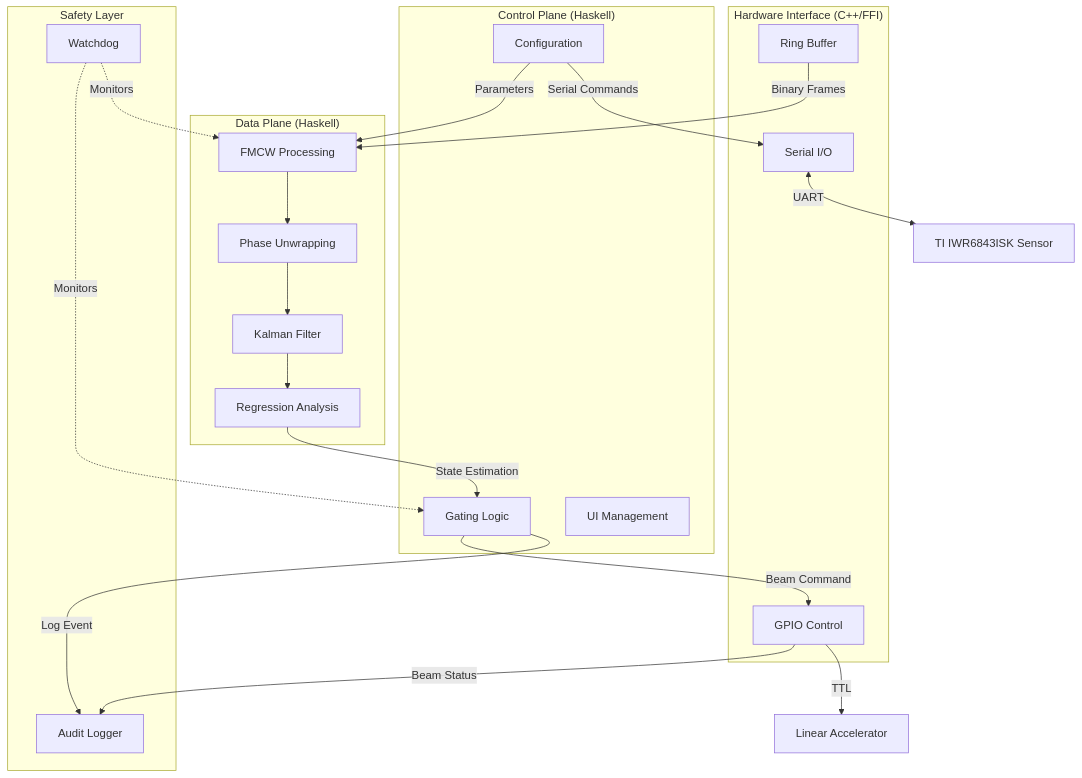
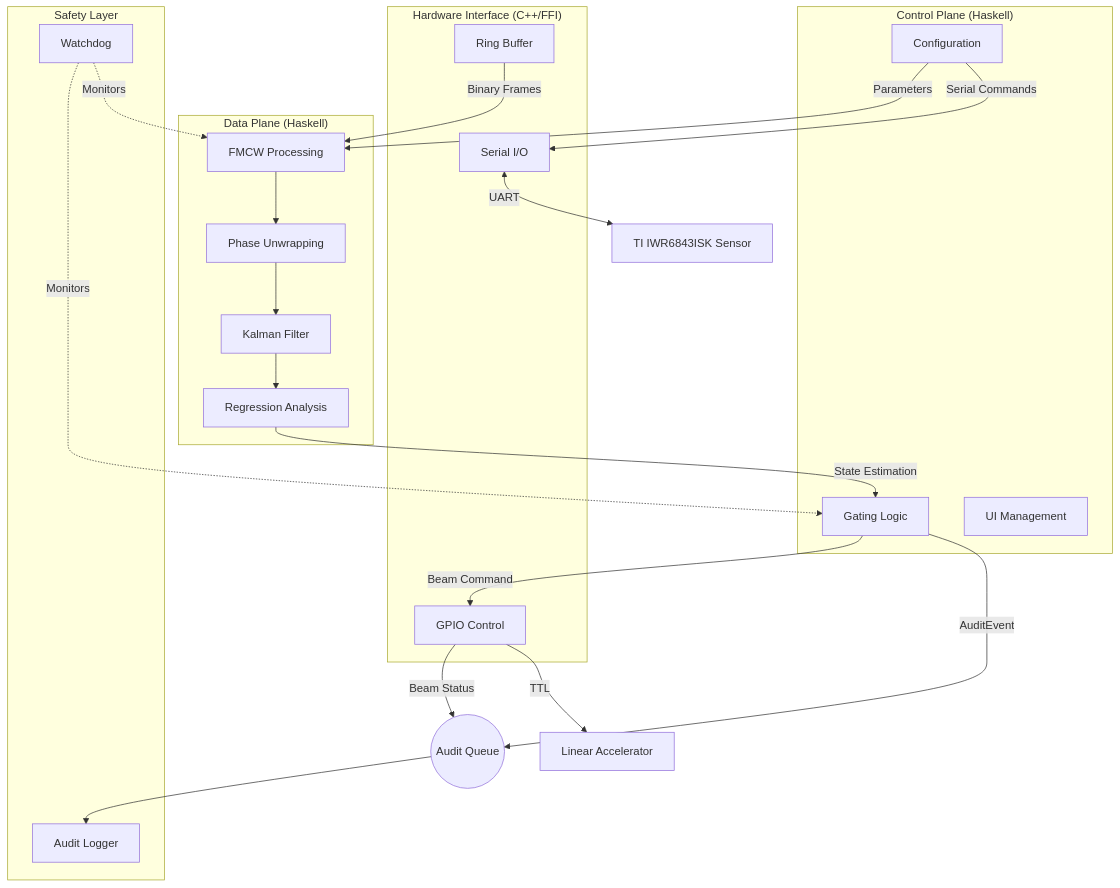
Before and after one commit to fderuiter/lambda-wave: the first of 8 diagrams in docs/SYSTEM_DIAGRAMS.md, drawn with Mermaid. The commit also changed other lines of this file, not shown here.

First line of the commit message:
docs: Add comprehensive system architecture and FFI Mermaid diagrams

````diff
--- a/docs/SYSTEM_DIAGRAMS.md
+++ b/docs/SYSTEM_DIAGRAMS.md
@@ -9,44 +9,45 @@
 ```mermaid
 graph TB
     subgraph "Control Plane (Haskell)"
         GL[Gating Logic]
         UM[UI Management]
         CFG[Configuration]
     end
 
     subgraph "Data Plane (Haskell)"
         FMCW[FMCW Processing]
         PU[Phase Unwrapping]
         KF[Kalman Filter]
         REG[Regression Analysis]
     end
 
     subgraph "Hardware Interface (C++/FFI)"
         RB[Ring Buffer]
         SIO[Serial I/O]
         GPIO[GPIO Control]
     end
 
     subgraph "Safety Layer"
         WD[Watchdog]
         AL[Audit Logger]
     end
 
     %% Interactions
     RB -->|Binary Frames| FMCW
     FMCW --> PU
     PU --> KF
     KF --> REG
     REG -->|State Estimation| GL
     GL -->|Beam Command| GPIO
     CFG -->|Parameters| FMCW
     CFG -->|Serial Commands| SIO
 
     WD -.->|Monitors| GL
     WD -.->|Monitors| FMCW
-    GL -->|Log Event| AL
-    GPIO -->|Beam Status| AL
+    GL -->|AuditEvent| AQ((Audit Queue))
+    AQ --> AL
+    GPIO -->|Beam Status| AQ
 
     SIO <-->|UART| Sensor[TI IWR6843ISK Sensor]
     GPIO -->|TTL| LINAC[Linear Accelerator]
 ```
````
